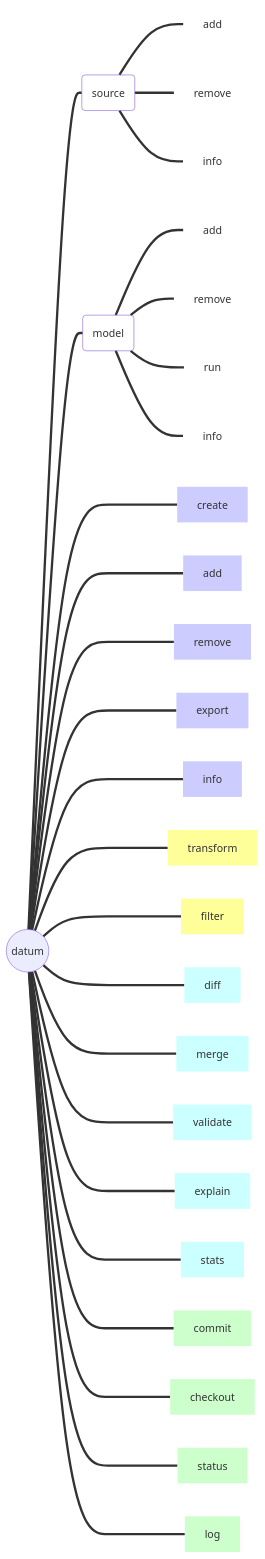
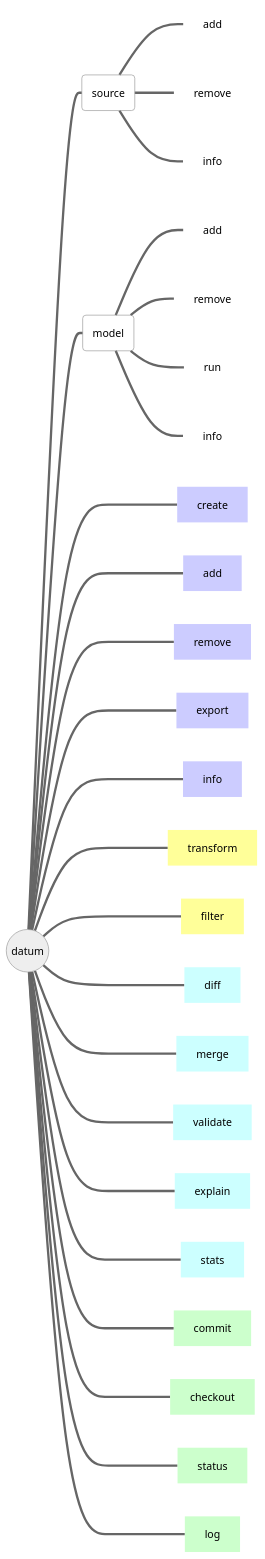
One commit to openvinotoolkit/datumaro changed the diagram in site/content/en/docs/user-manual/command-reference/_index.md. Above: the diagram before and after it, drawn with Mermaid. The commit also changed 2 other files, not shown here.

Commit message:
fix diagrams

````diff
--- a/site/content/en/docs/user-manual/command-reference/_index.md
+++ b/site/content/en/docs/user-manual/command-reference/_index.md
@@ -10,40 +10,40 @@
 ```mermaid
-%%{init { 'theme':'netrual' }}%%
+%%{init { 'theme':'neutral' }}%%
 flowchart LR
   d(("#0009; datum #0009;")):::mainclass
   s(source):::nofillclass
   m(model):::nofillclass
 
   d===s
     s===id1[add]:::hideclass
     s===id2[remove]:::hideclass
     s===id3[info]:::hideclass
   d===m
     m===id4[add]:::hideclass
     m===id5[remove]:::hideclass
     m===id6[run]:::hideclass
     m===id7[info]:::hideclass
   d====str1[create]:::filloneclass
   d====str2[add]:::filloneclass
   d====str3[remove]:::filloneclass
   d====str4[export]:::filloneclass
   d====str5[info]:::filloneclass
   d====str6[transform]:::filltwoclass
   d====str7[filter]:::filltwoclass
   d====str8[diff]:::fillthreeclass
   d====str9[merge]:::fillthreeclass
   d====str10[validate]:::fillthreeclass
   d====str11[explain]:::fillthreeclass
   d====str12[stats]:::fillthreeclass
   d====str13[commit]:::fillfourclass
   d====str14[checkout]:::fillfourclass
   d====str15[status]:::fillfourclass
   d====str16[log]:::fillfourclass
 
   classDef nofillclass fill-opacity:0;
   classDef hideclass fill-opacity:0,stroke-opacity:0;
   classDef filloneclass fill:#CCCCFF,stroke-opacity:0;
   classDef filltwoclass fill:#FFFF99,stroke-opacity:0;
   classDef fillthreeclass fill:#CCFFFF,stroke-opacity:0;
   classDef fillfourclass fill:#CCFFCC,stroke-opacity:0;
 ```
````
